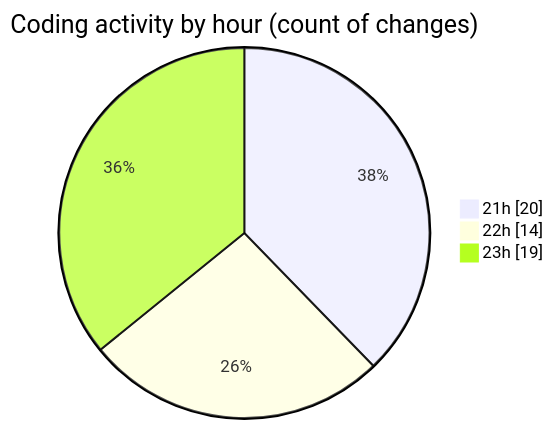
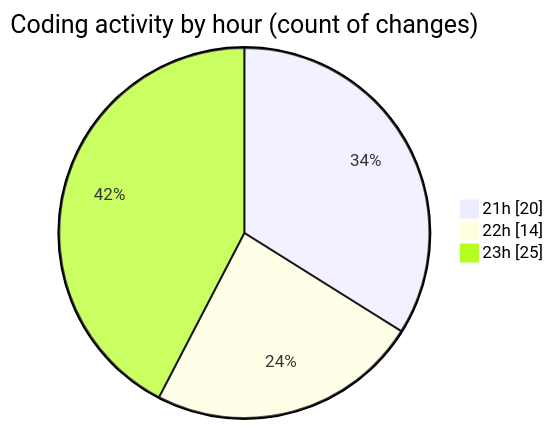
The second of 2 diagrams in 2025-06-01/projects/README.md (Ritupan-Deka/code-tracking), drawn with Mermaid before and after one commit. The commit also changed other lines of this file and 1 other file, not shown here.

````diff
--- a/2025-06-01/projects/README.md
+++ b/2025-06-01/projects/README.md
@@ -43,7 +45,7 @@
 ```mermaid
 pie showData
 title Coding activity by hour (count of changes)
 "21h" : 20
 "22h" : 14
-"23h" : 19
+"23h" : 25
 ```
````
